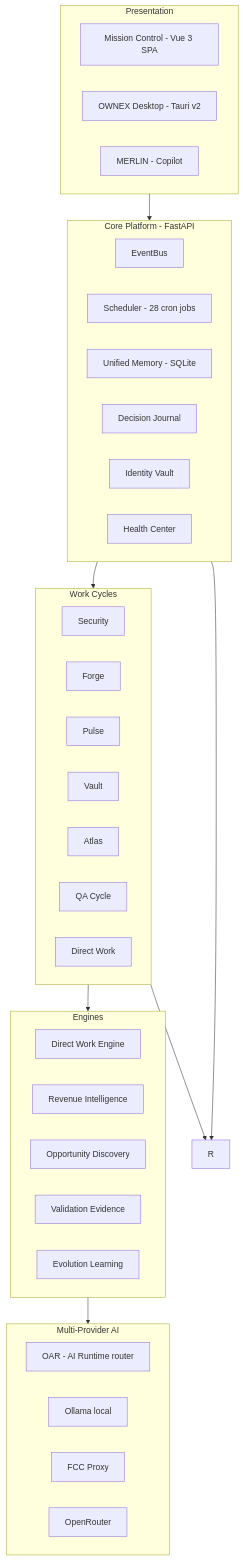
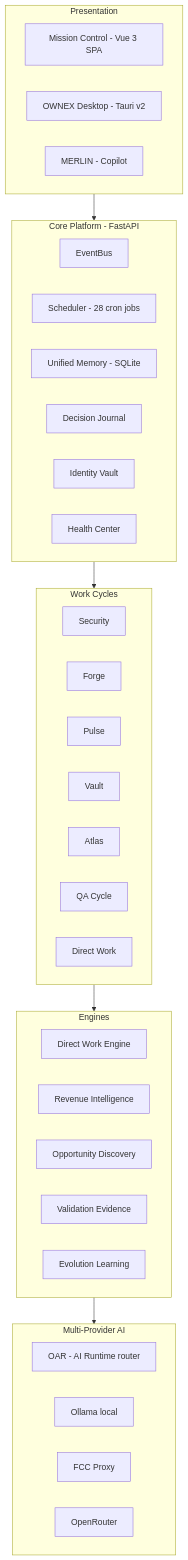
The diagram in README.md (AdriDob/OWNEX), drawn with Mermaid before and after one commit. The commit also changed other lines of this file and 4 other files, not shown here.

Commit message:
docs(repo-design): fix rename refs, honest test count, working mermaid + add SECURITY/CHANGELOG, archive orphan profile draft

````diff
--- a/README.md
+++ b/README.md
@@ -111,49 +111,47 @@
 ```mermaid
 flowchart TB
     subgraph SURFACE["Presentation"]
         MC["Mission Control - Vue 3 SPA"]
         DESK["OWNEX Desktop - Tauri v2"]
         MERLIN["MERLIN - Copilot"]
     end
 
     subgraph CORE["Core Platform - FastAPI"]
         EB["EventBus"]
         SCH["Scheduler - 28 cron jobs"]
         UM["Unified Memory - SQLite"]
         DJ["Decision Journal"]
         VAULT["Identity Vault"]
         HC["Health Center"]
     end
 
     subgraph CYCLES["Work Cycles"]
         SEC["Security"]
         FORGE["Forge"]
         PULSE["Pulse"]
         VAULT_C["Vault"]
         ATLAS["Atlas"]
         QA["QA Cycle"]
         DW["Direct Work"]
     end
 
     subgraph ENGINES["Engines"]
         DWE["Direct Work Engine"]
         REV["Revenue Intelligence"]
         OPP["Opportunity Discovery"]
         VAL["Validation Evidence"]
         EVO["Evolution Learning"]
     end
 
     subgraph AI["Multi-Provider AI"]
         RT["OAR - AI Runtime router"]
         P1["Ollama local"]
         P2["FCC Proxy"]
         P3["OpenRouter"]
     end
 
     SURFACE --> CORE
     CORE --> CYCLES
     CYCLES --> ENGINES
     ENGINES --> AI
-    CYCLES --> R
-    CORE --> R
 ```
````
